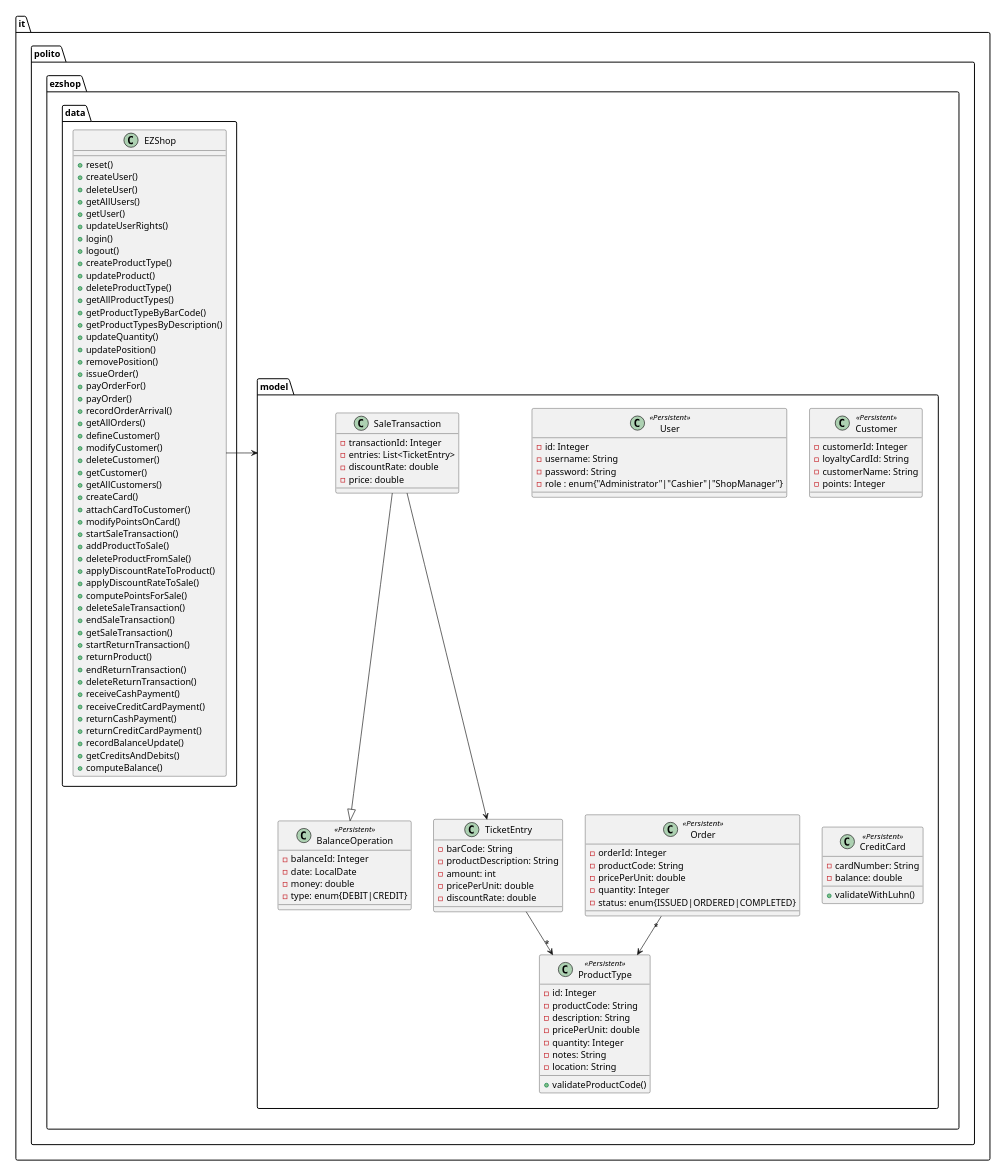
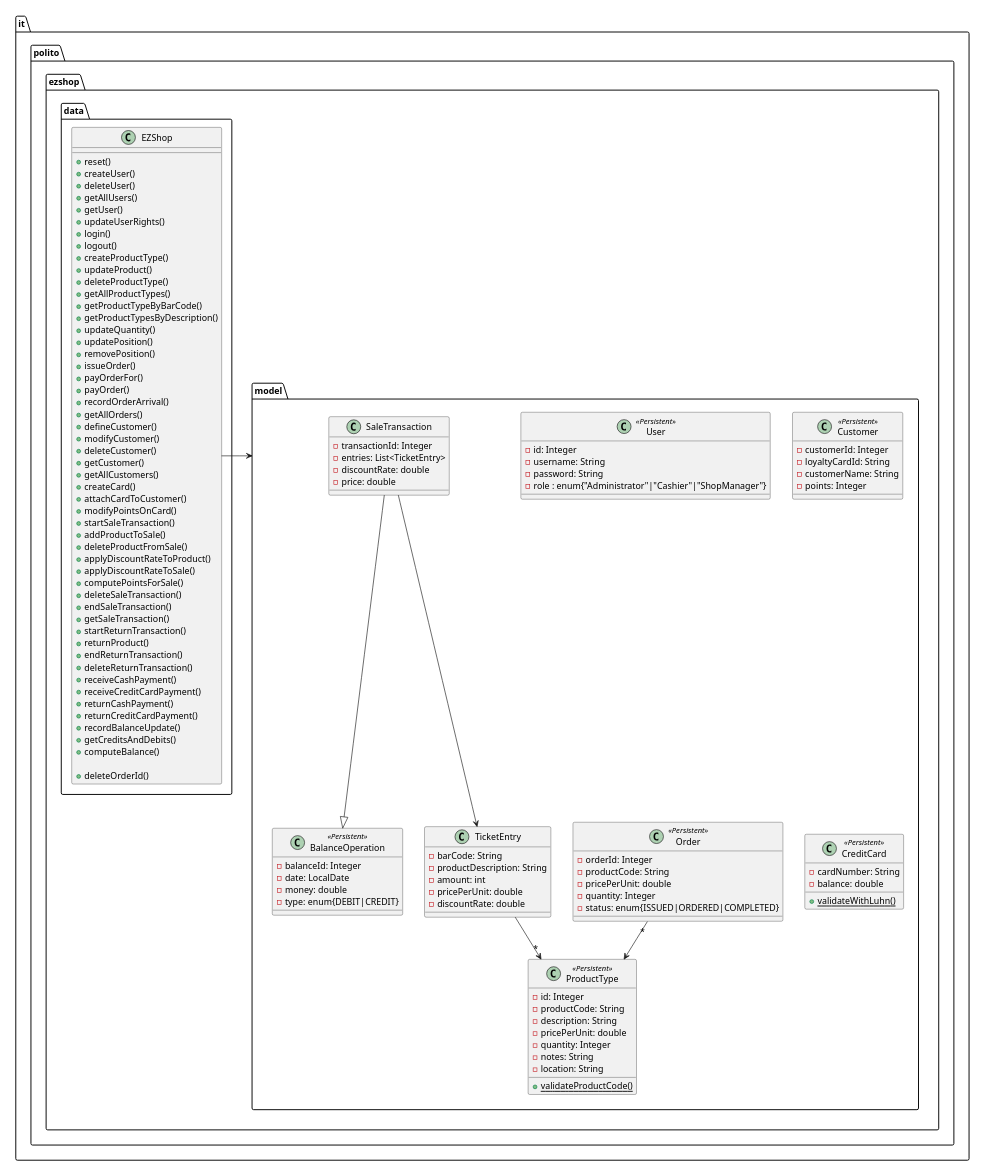
Before and after one commit to mkexc/ezshop: the second of 22 diagrams in Deliverables/DesignDocument.md, drawn with PlantUML. The commit also changed other lines of this file and 3 other files, not shown here.

```diff
--- a/Deliverables/DesignDocument.md
+++ b/Deliverables/DesignDocument.md
@@ -98,7 +98,7 @@
         - notes: String
         - location: String
         
-        + validateProductCode()
+        + {static} validateProductCode()
     }
 
     class Order <<Persistent>> {
@@ -134,7 +134,7 @@
         - cardNumber: String
         - balance: double
         
-        + validateWithLuhn()
+        + {static} validateWithLuhn()
     }
 
     class TicketEntry {
@@ -198,6 +198,8 @@
         + recordBalanceUpdate()
         + getCreditsAndDebits()
         + computeBalance()
+
+        + deleteOrderId()
     }
 }
 
```
